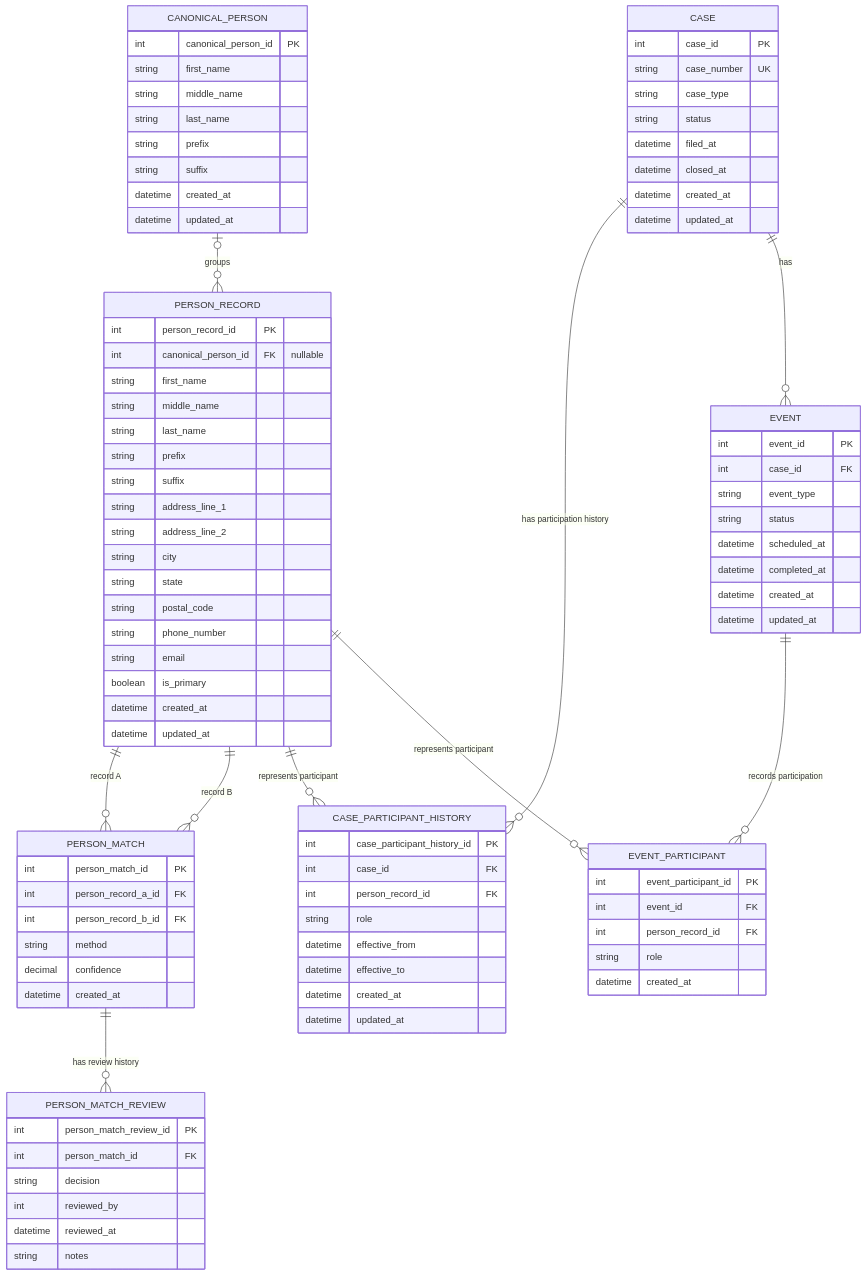
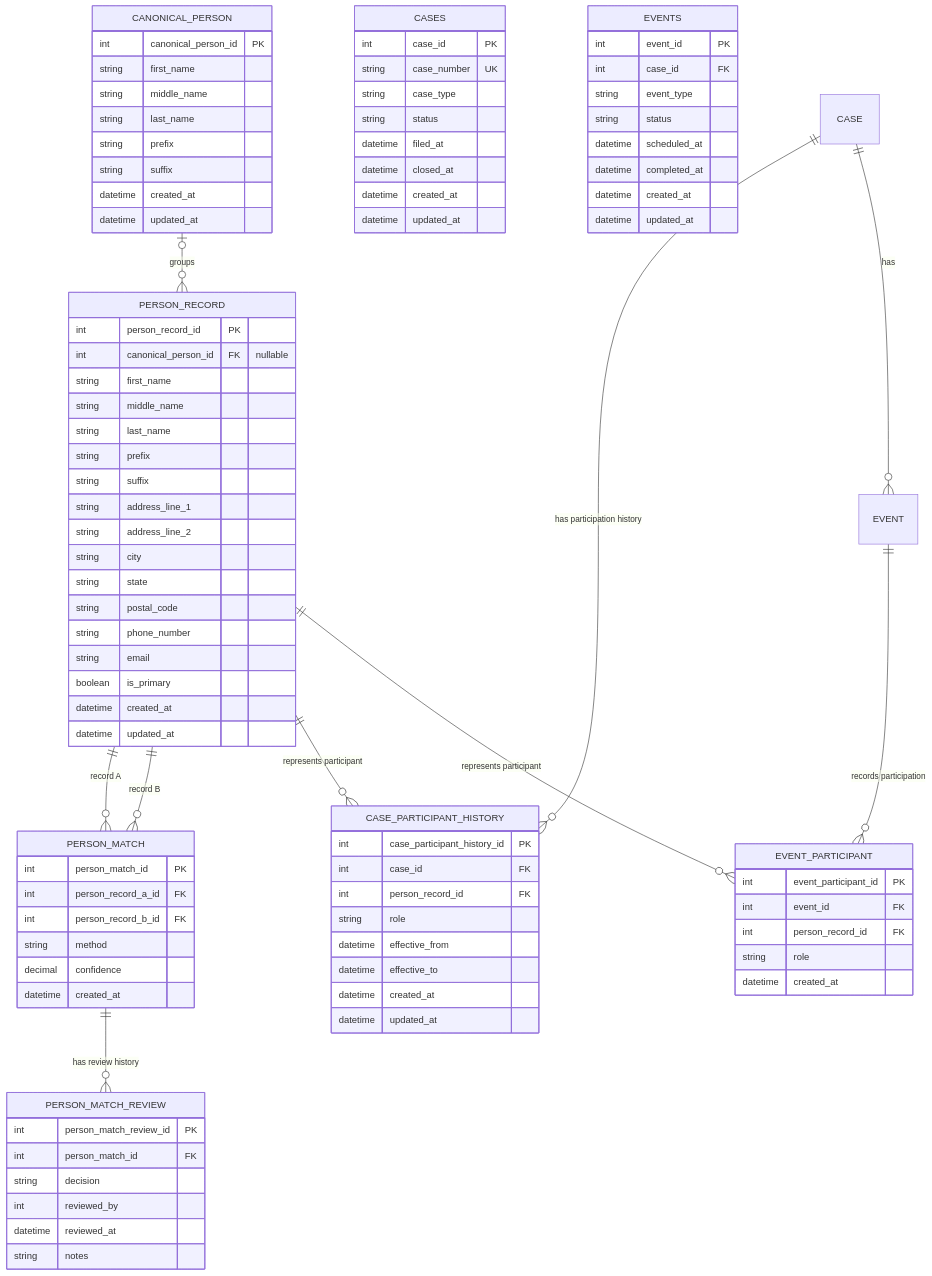
Before and after one commit to danyd6784/cms-skeleton: the diagram in docs/domain-model-decisions.md, drawn with Mermaid.

Commit message:
Fix: Change case and event entity names to plural to avoid sql keyword confusion

```diff
--- a/docs/domain-model-decisions.md
+++ b/docs/domain-model-decisions.md
@@ -93,7 +93,7 @@
         string notes
     }
 
-    CASE {
+    CASES {
         int case_id PK
         string case_number UK
         string case_type
@@ -115,7 +115,7 @@
         datetime updated_at
     }
 
-    EVENT {
+    EVENTS {
         int event_id PK
         int case_id FK
         string event_type
```
